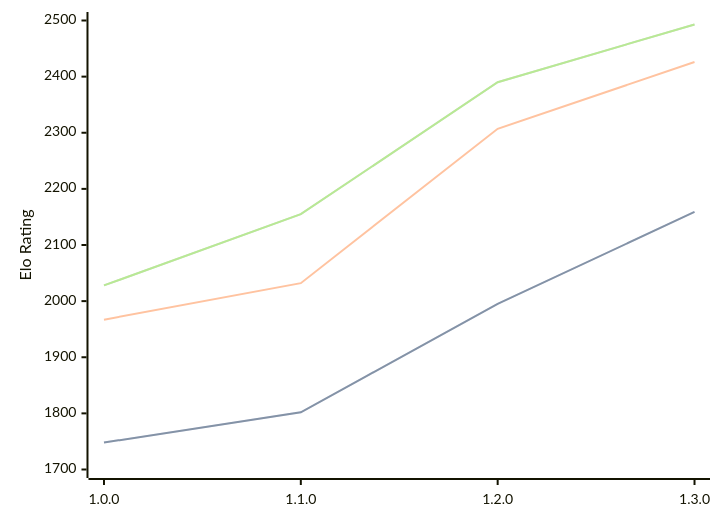
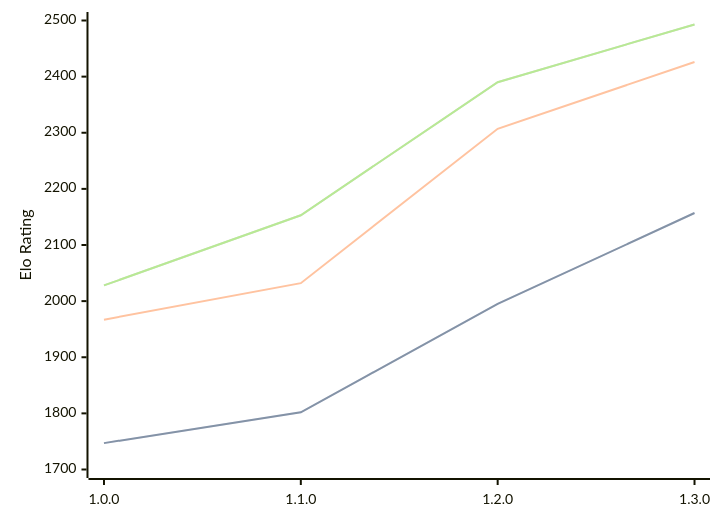
Before and after one commit to computer-chess-index/cci: the diagram in engines/Anodos.md, drawn with Mermaid. The commit also changed other lines of this file, not shown here.

Commit message:
Update CCI Ratings (ELO VLTC) - 2026-09-11

````diff
--- a/engines/Anodos.md
+++ b/engines/Anodos.md
@@ -34,11 +34,11 @@
 ```mermaid
 %%{init: {"theme":"base","themeVariables":{"seriesColors:['#a3a3a3','#222221','#faa371']}}}%%
 xychart-beta
   x-axis ["1.0.0", "1.1.0", "1.2.0", "1.3.0"]
   y-axis "Elo Rating" 1700 --> 2500
-  line "" [1748, 1802, 1995, 2159]
-  line "STC (8.0+0.08s)" [1748, 1802, 1995, 2159]
+  line "" [1747, 1802, 1995, 2157]
+  line "STC (8.0+0.08s)" [1747, 1802, 1995, 2157]
   line "LTC (60.0+0.60s)" [1967, 2032, 2307, 2426]
-  line "" [2028, 2155, 2390, 2493]
-  line "VLTC (2m24s+1.12s)" [2028, 2155, 2390, 2493]
+  line "" [2028, 2153, 2390, 2493]
+  line "VLTC (2m24s+1.12s)" [2028, 2153, 2390, 2493]
 ```
````
